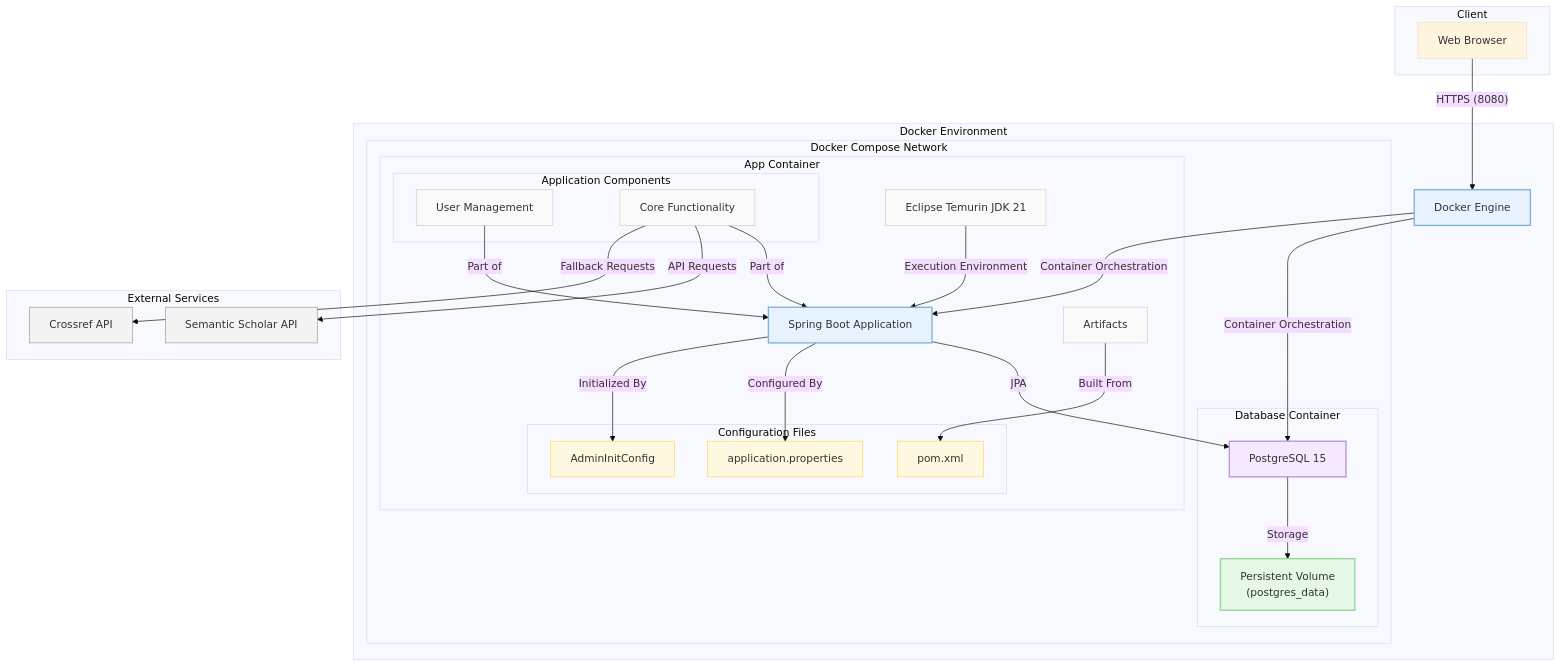
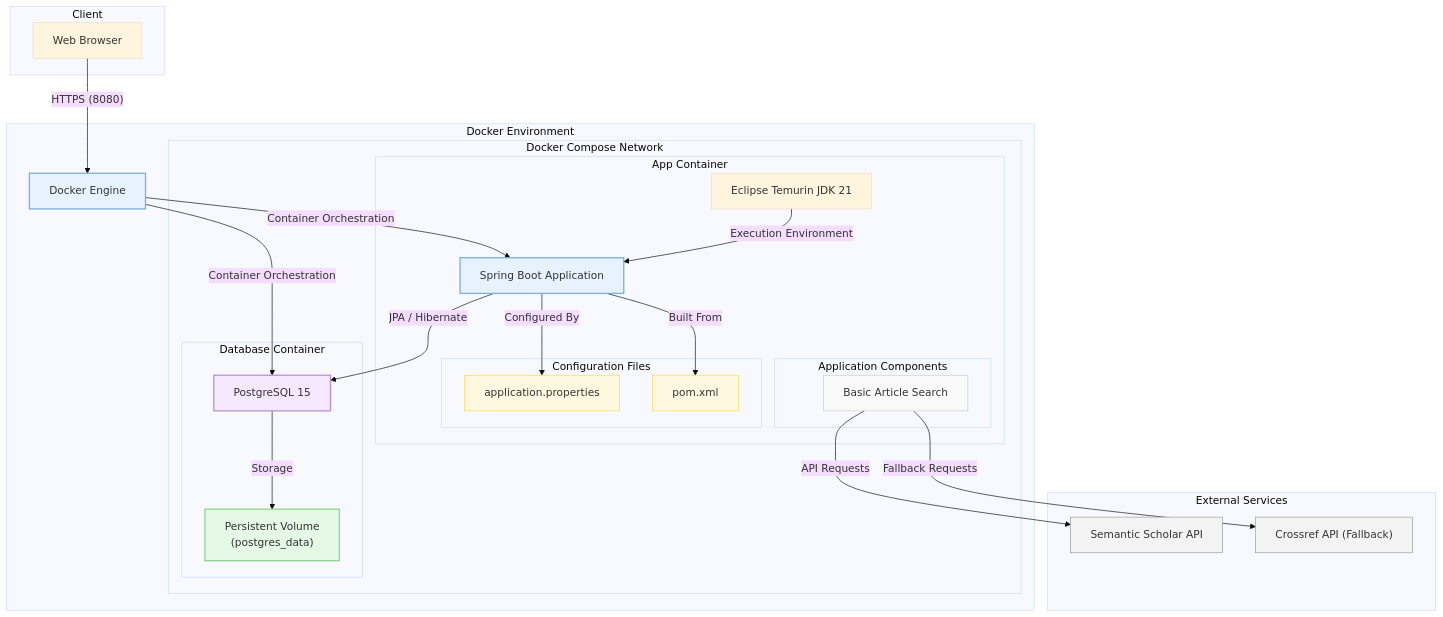
Before and after one commit to AxlAleT/loginDemo: the diagram in Individual/diagrams/deploymentDiagram.mmd, drawn with Mermaid (base theme). The commit also changed 8 other files, not shown here.

First line of the commit message:
DiagramasMermaid para Casos de Uso

```diff
--- a/Individual/diagrams/deploymentDiagram.mmd
+++ b/Individual/diagrams/deploymentDiagram.mmd
@@ -1,71 +1,64 @@
 flowchart TB
     subgraph "Client"
         browser["Web Browser"]
     end
 
     subgraph "Docker Environment"
         docker["Docker Engine"]
         
         subgraph "Docker Compose Network"
             subgraph "App Container"
                 jdk["Eclipse Temurin JDK 21"]
                 springapp["Spring Boot Application"]
-                artifacts["Artifacts"]
                 
                 subgraph "Application Components"
-                    userMgmt["User Management"]
-                    coreFunctions["Core Functionality"]
+                    articleSearch["Basic Article Search"]
                 end
                 
                 subgraph "Configuration Files"
                     appProps["application.properties"]
-                    adminInit["AdminInitConfig"]
                     pom["pom.xml"]
                 end
             end
             
             subgraph "Database Container"
                 postgres["PostgreSQL 15"]
                 pgdata["Persistent Volume\n(postgres_data)"]
             end
         end
     end
 
     subgraph "External Services"
         scholar["Semantic Scholar API"]
-        crossref["Crossref API"]
+        crossref["Crossref API (Fallback)"]
     end
     
     %% Connections
     browser -->|"HTTPS (8080)"|docker
     docker -->|"Container Orchestration"|springapp
     docker -->|"Container Orchestration"|postgres
     
     jdk -->|"Execution Environment"|springapp
     
-    springapp -->|"JPA"|postgres
+    springapp -->|"JPA / Hibernate"|postgres
     postgres -->|"Storage"|pgdata
     
-    artifacts -->|"Built From"|pom
+    articleSearch -->|"API Requests"|scholar
+    articleSearch -->|"Fallback Requests"|crossref
+    
     springapp -->|"Configured By"|appProps
-    springapp -->|"Initialized By"|adminInit
-    
-    userMgmt -->|"Part of"|springapp
-    coreFunctions -->|"Part of"|springapp
-    
-    coreFunctions -->|"API Requests"|scholar
-    coreFunctions -->|"Fallback Requests"|crossref
-    
+    springapp -->|"Built From"|pom
+
     classDef container fill:#e6f3ff,stroke:#7fb1d3,stroke-width:2px
     classDef component fill:#f9f9f9,stroke:#ccc,stroke-width:1px
     classDef database fill:#f5e8ff,stroke:#b794d8,stroke-width:2px
     classDef volume fill:#e5f8e5,stroke:#93d393,stroke-width:2px
     classDef file fill:#fff8e1,stroke:#ffd54f,stroke-width:1px
     classDef external fill:#f3f3f3,stroke:#999,stroke-width:1px
     
     class docker,springapp container
-    class jdk,userMgmt,coreFunctions,artifacts component
+    class articleSearch component
     class postgres database
     class pgdata volume
-    class appProps,adminInit,pom file
+    class appProps,pom file
     class scholar,crossref external
```
